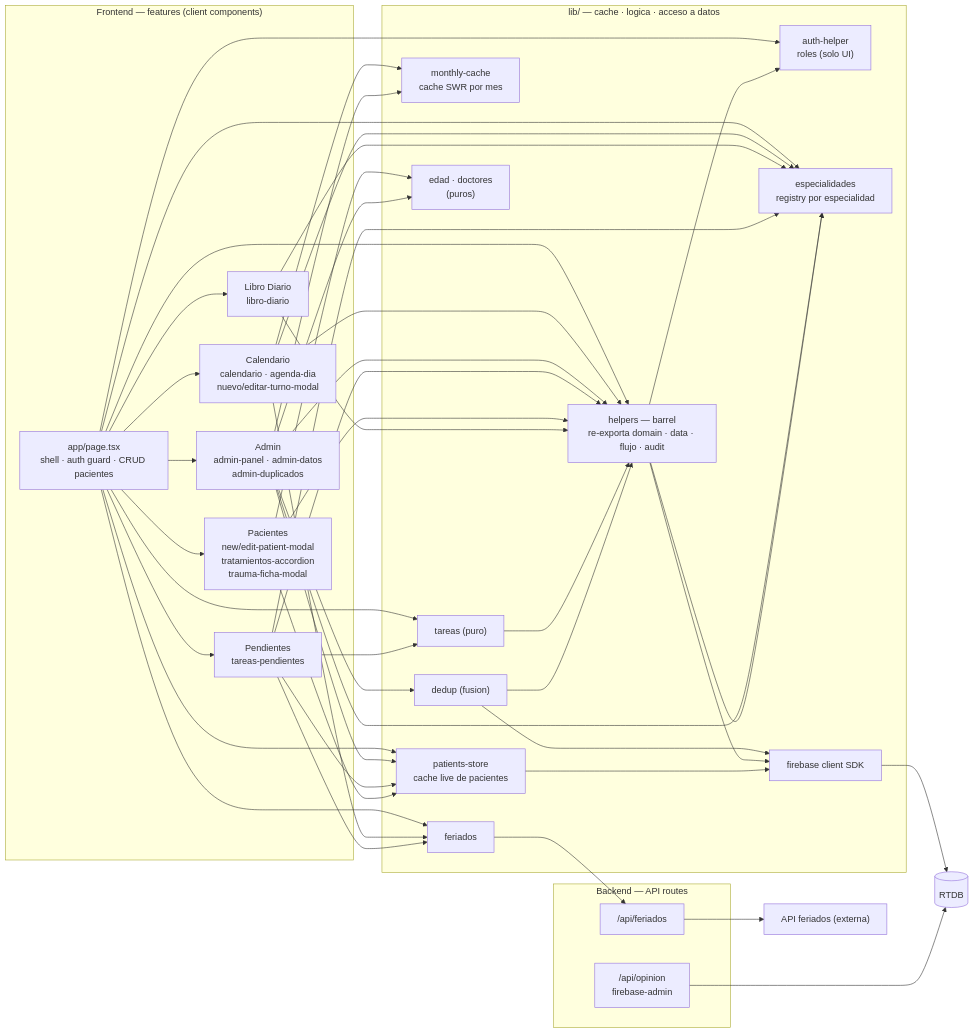
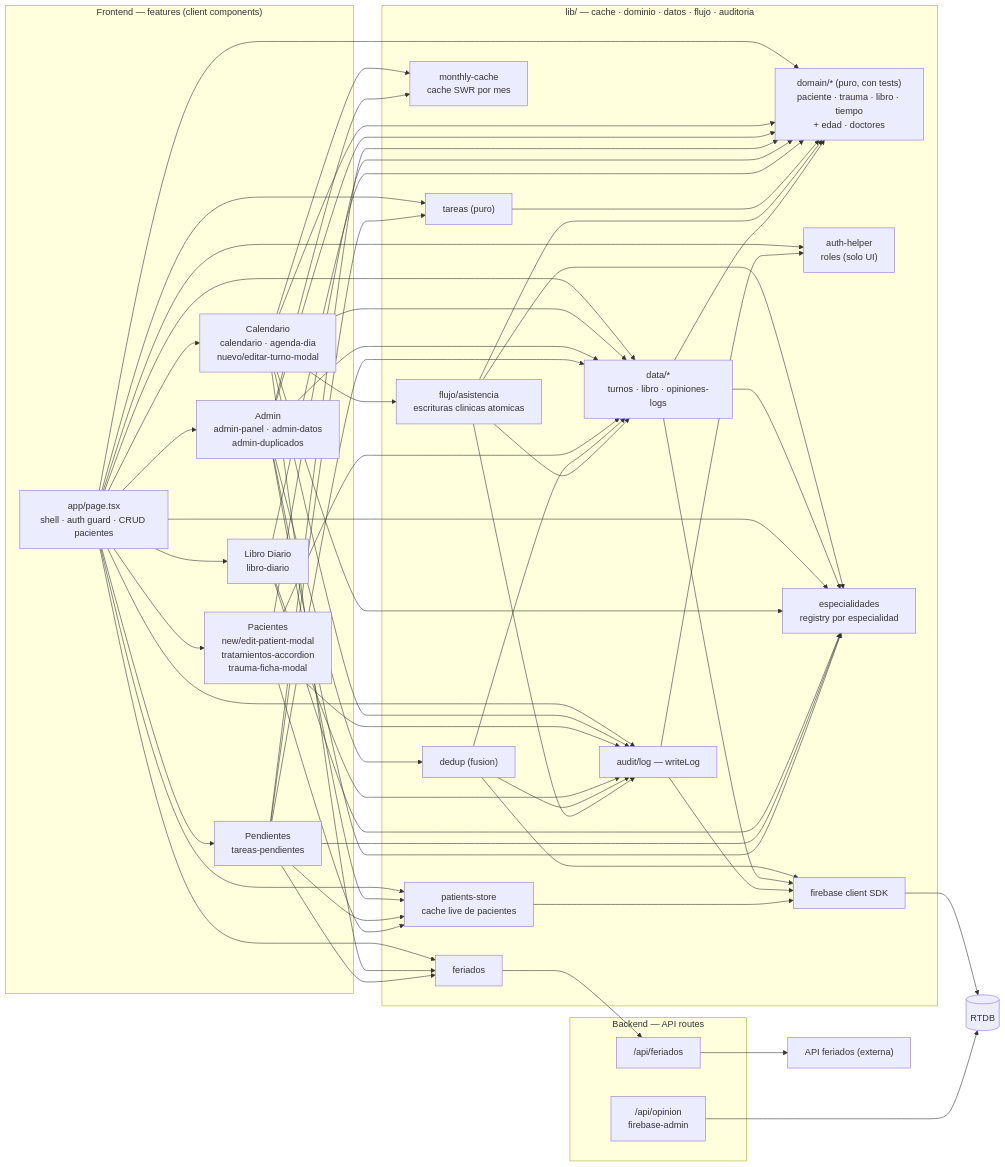
One commit to joacoz29/crudkinesiologia changed the third of 3 diagrams in docs/architecture.md. Above: the diagram before and after it, drawn with Mermaid. The commit also changed other lines of this file and 18 other files, not shown here.

First line of the commit message:
refactor(R3): imports directos a domain/data/flujo/audit y adios al barrel

````diff
--- a/docs/architecture.md
+++ b/docs/architecture.md
@@ -148,50 +148,53 @@
 ```mermaid
 flowchart LR
     subgraph feat["Frontend — features (client components)"]
         shell["app/page.tsx<br/>shell · auth guard · CRUD pacientes"]
         cpac["Pacientes<br/>new/edit-patient-modal<br/>tratamientos-accordion<br/>trauma-ficha-modal"]
         ccal["Calendario<br/>calendario · agenda-dia<br/>nuevo/editar-turno-modal"]
         clib["Libro Diario<br/>libro-diario"]
         cpen["Pendientes<br/>tareas-pendientes"]
         cadm["Admin<br/>admin-panel · admin-datos<br/>admin-duplicados"]
     end
 
-    subgraph libl["lib/ — cache · logica · acceso a datos"]
+    subgraph libl["lib/ — cache · dominio · datos · flujo · auditoria"]
         store["patients-store<br/>cache live de pacientes"]
         mcache["monthly-cache<br/>cache SWR por mes"]
-        helpers["helpers — barrel<br/>re-exporta domain · data · flujo · audit"]
+        dom["domain/* (puro, con tests)<br/>paciente · trauma · libro · tiempo<br/>+ edad · doctores"]
+        dataM["data/*<br/>turnos · libro · opiniones-logs"]
+        flujoM["flujo/asistencia<br/>escrituras clinicas atomicas"]
+        auditM["audit/log — writeLog"]
         tareas["tareas (puro)"]
         dedup["dedup (fusion)"]
         fer["feriados"]
         authh["auth-helper<br/>roles (solo UI)"]
         esp["especialidades<br/>registry por especialidad"]
-        puros["edad · doctores<br/>(puros)"]
         fbc["firebase client SDK"]
     end
 
     subgraph back["Backend — API routes"]
         apiop["/api/opinion<br/>firebase-admin"]
         apife["/api/feriados"]
     end
 
     rtdb[("RTDB")]
     ext["API feriados (externa)"]
 
     shell --> cpac & ccal & clib & cpen & cadm
-    shell --> store & helpers & tareas & fer & authh
-    ccal --> helpers & mcache & fer
-    cadm --> helpers & mcache & store & dedup
-    cpen --> store & helpers & tareas & fer
-    cpac --> helpers & store
-    clib --> helpers
-    tareas --> helpers
-    dedup --> helpers & fbc
+    shell --> store & tareas & fer & authh & dataM & auditM & dom
+    ccal --> mcache & fer & dataM & flujoM & auditM & dom
+    cadm --> mcache & store & dedup & dataM & dom
+    cpen --> store & tareas & fer & dataM & dom
+    cpac --> store & dataM & auditM & dom
+    clib --> auditM & dom
+    tareas --> dom
+    dedup --> dataM & auditM & fbc
+    flujoM --> dataM & dom & auditM & esp
+    dataM --> dom & esp & fbc
+    auditM --> authh & fbc
     shell & ccal & clib & cpen & cadm --> esp
-    cpac & cadm --> puros
-    helpers --> fbc & authh & esp
     store --> fbc
     fer --> apife
     fbc --> rtdb
     apiop --> rtdb
     apife --> ext
 ```
````
